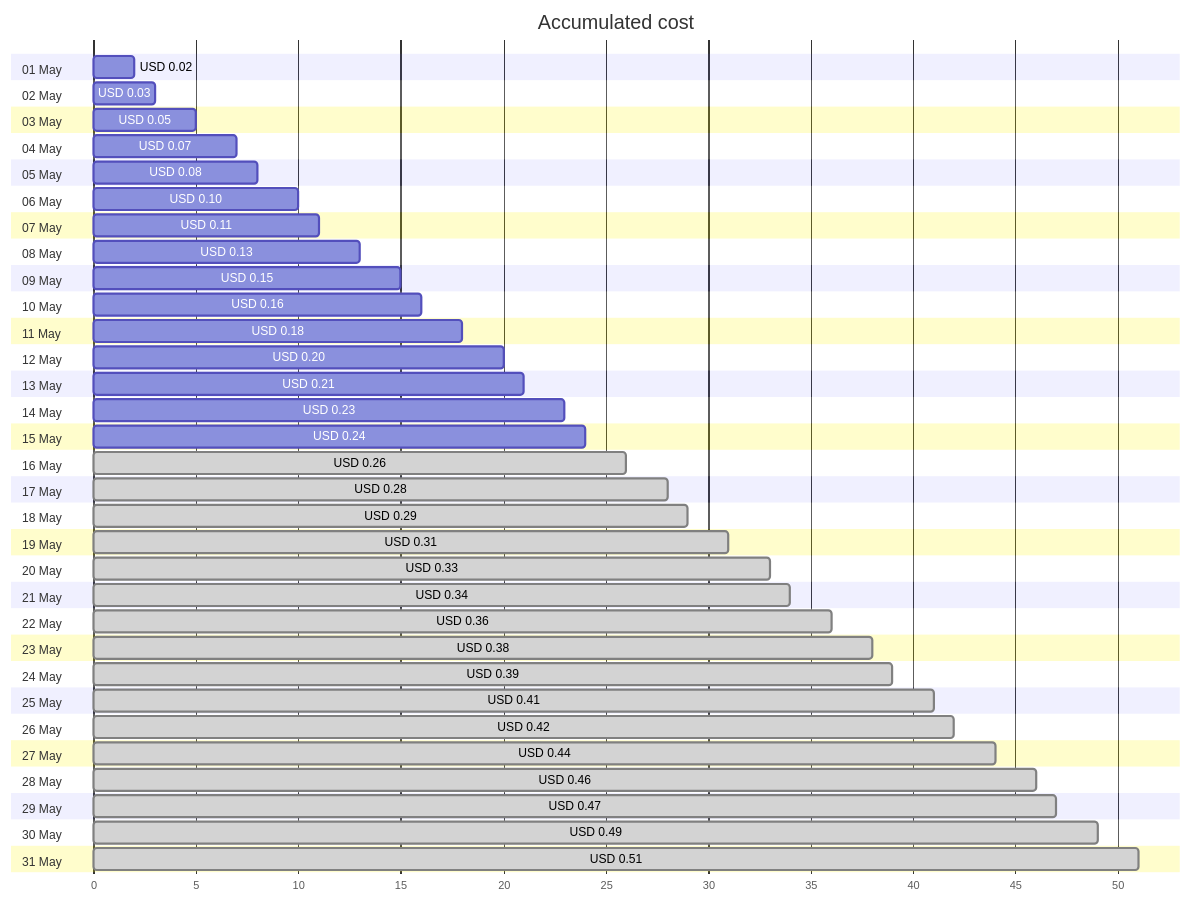
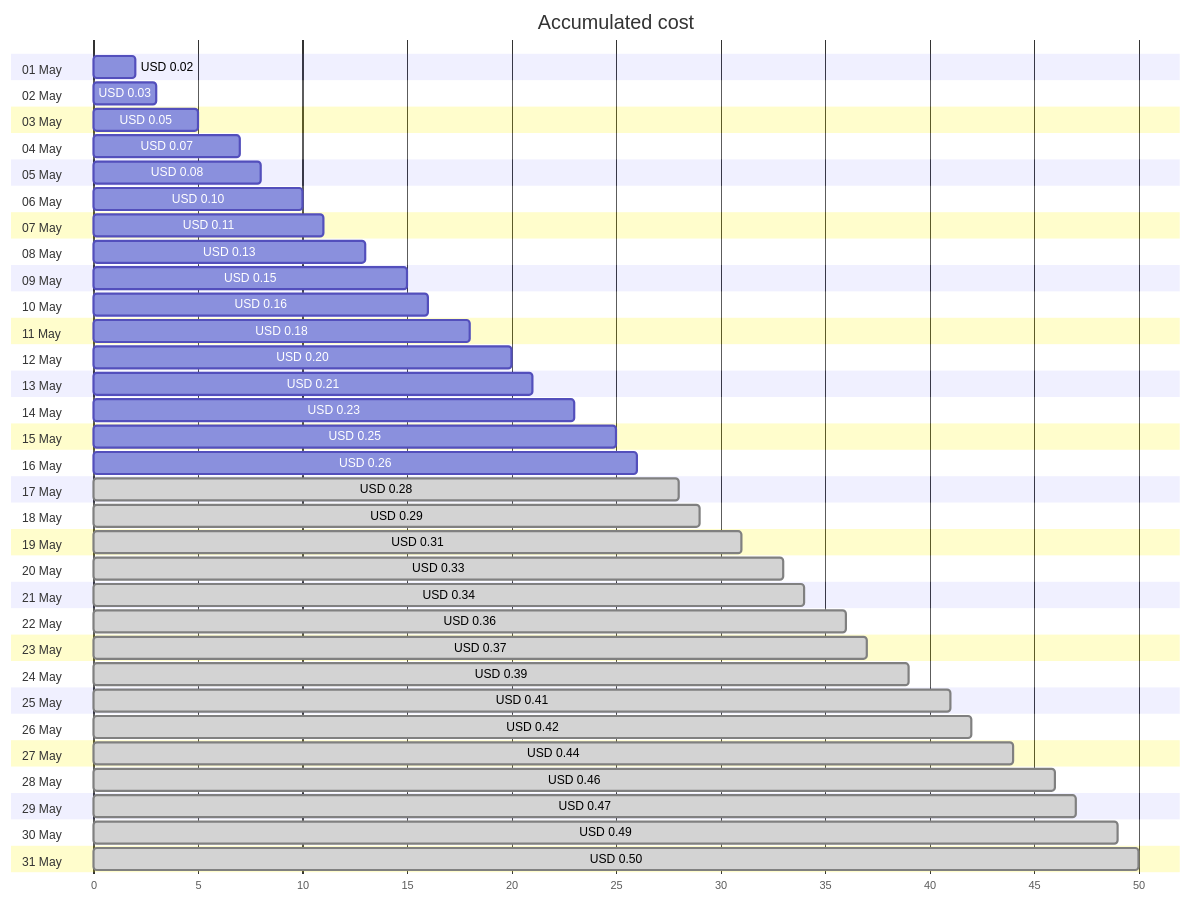
Before and after one commit to jpfulton/azure-personal-reports: the first of 4 diagrams in cost-reports/personal-dns/jpatrickfulton.com.md, drawn with Mermaid. The commit also changed other lines of this file and 2 other files, not shown here.

````diff
--- a/cost-reports/personal-dns/jpatrickfulton.com.md
+++ b/cost-reports/personal-dns/jpatrickfulton.com.md
@@ -20,68 +20,68 @@
 ```mermaid
 gantt
    title Accumulated cost
    dateFormat  X
    axisFormat %s
    section 01 May
    USD 0.02 :0, 2
    section 02 May
    USD 0.03 :0, 3
    section 03 May
    USD 0.05 :0, 5
    section 04 May
    USD 0.07 :0, 7
    section 05 May
    USD 0.08 :0, 8
    section 06 May
    USD 0.10 :0, 10
    section 07 May
    USD 0.11 :0, 11
    section 08 May
    USD 0.13 :0, 13
    section 09 May
    USD 0.15 :0, 15
    section 10 May
    USD 0.16 :0, 16
    section 11 May
    USD 0.18 :0, 18
    section 12 May
    USD 0.20 :0, 20
    section 13 May
    USD 0.21 :0, 21
    section 14 May
    USD 0.23 :0, 23
    section 15 May
-   USD 0.24 :0, 24
+   USD 0.25 :0, 25
    section 16 May
-   USD 0.26 : done, 0, 26
+   USD 0.26 :0, 26
    section 17 May
    USD 0.28 : done, 0, 28
    section 18 May
    USD 0.29 : done, 0, 29
    section 19 May
    USD 0.31 : done, 0, 31
    section 20 May
    USD 0.33 : done, 0, 33
    section 21 May
    USD 0.34 : done, 0, 34
    section 22 May
    USD 0.36 : done, 0, 36
    section 23 May
-   USD 0.38 : done, 0, 38
+   USD 0.37 : done, 0, 37
    section 24 May
    USD 0.39 : done, 0, 39
    section 25 May
    USD 0.41 : done, 0, 41
    section 26 May
    USD 0.42 : done, 0, 42
    section 27 May
    USD 0.44 : done, 0, 44
    section 28 May
    USD 0.46 : done, 0, 46
    section 29 May
    USD 0.47 : done, 0, 47
    section 30 May
    USD 0.49 : done, 0, 49
    section 31 May
-   USD 0.51 : done, 0, 51
+   USD 0.50 : done, 0, 50
 ```
````
